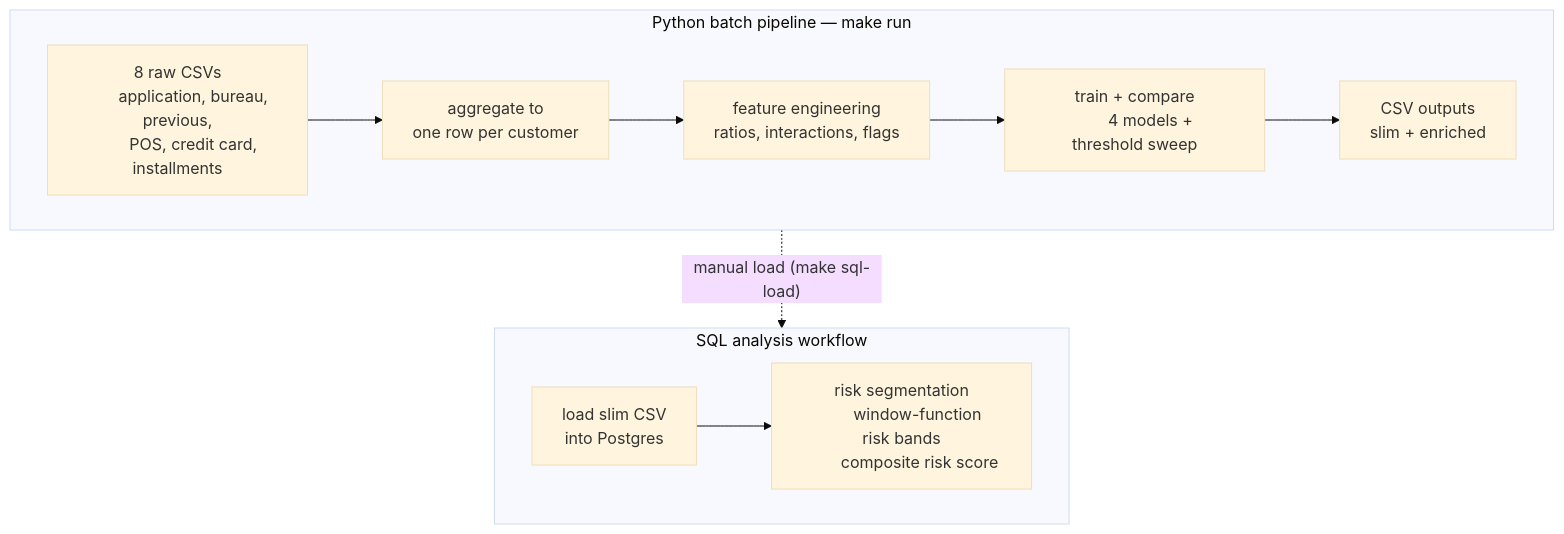
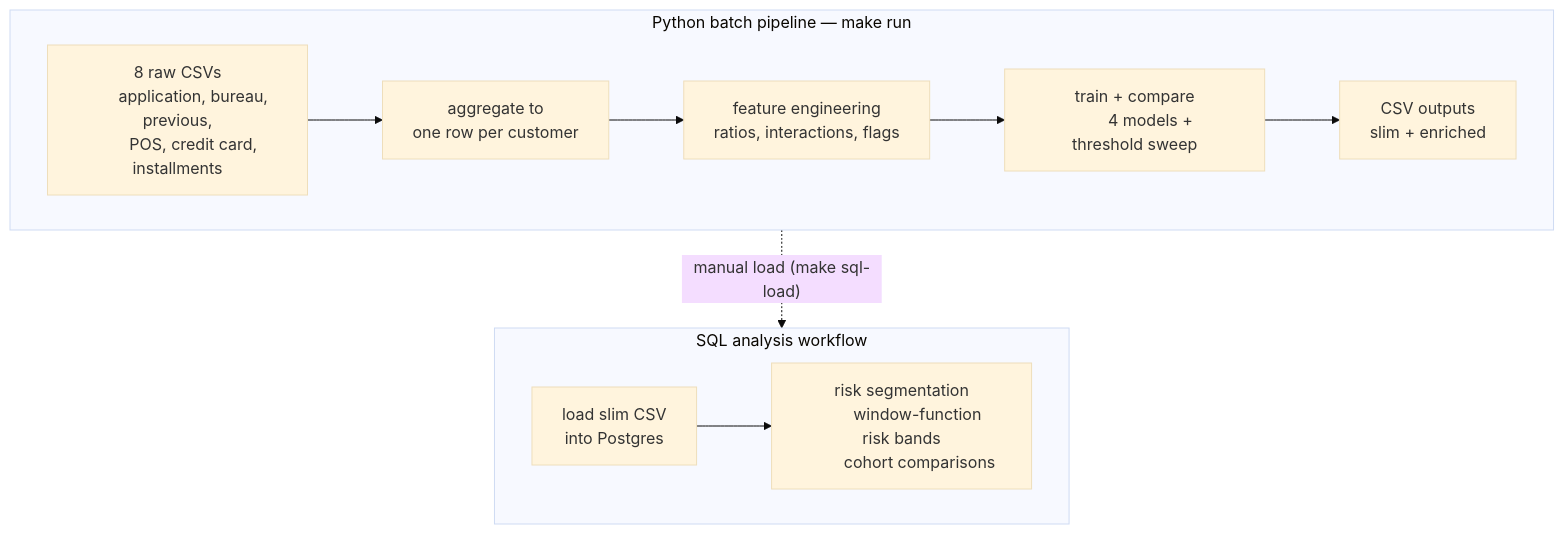
One commit to NADEEMTHEBA8/credit-risk-analysis changed the diagram in README.md. Above: the diagram before and after it, drawn with Mermaid (base theme). The commit also changed other lines of this file and 9 other files, not shown here.

````diff
--- a/README.md
+++ b/README.md
@@ -89,40 +89,40 @@
 ```mermaid
 flowchart TD
 
     subgraph PIPELINE["Python batch pipeline — make run"]
         direction LR
 
         SRC["8 raw CSVs
         application, bureau, previous,
         POS, credit card, installments"]
 
         AGG["aggregate to
         one row per customer"]
 
         FEAT["feature engineering
         ratios, interactions, flags"]
 
         MODEL["train + compare
         4 models + threshold sweep"]
 
         OUT["CSV outputs
         slim + enriched"]
 
         SRC --> AGG --> FEAT --> MODEL --> OUT
     end
 
     subgraph SQLWORK["SQL analysis workflow"]
         direction LR
 
         LOAD["load slim CSV
         into Postgres"]
 
         ANALYSIS["risk segmentation
         window-function risk bands
-        composite risk score"]
+        cohort comparisons"]
 
         LOAD --> ANALYSIS
     end
 
     OUT -. "manual load (make sql-load)" .-> LOAD
 ```
````
